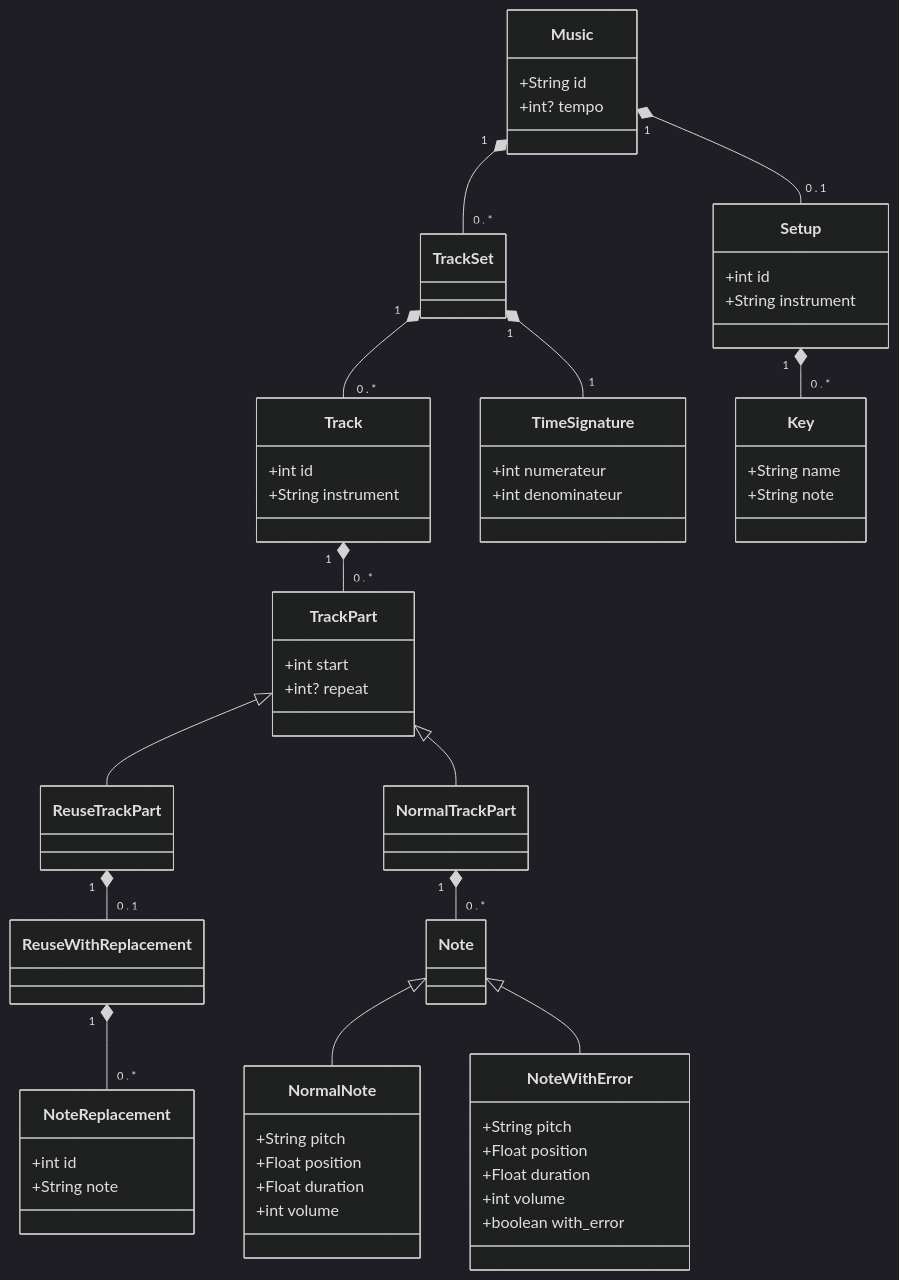
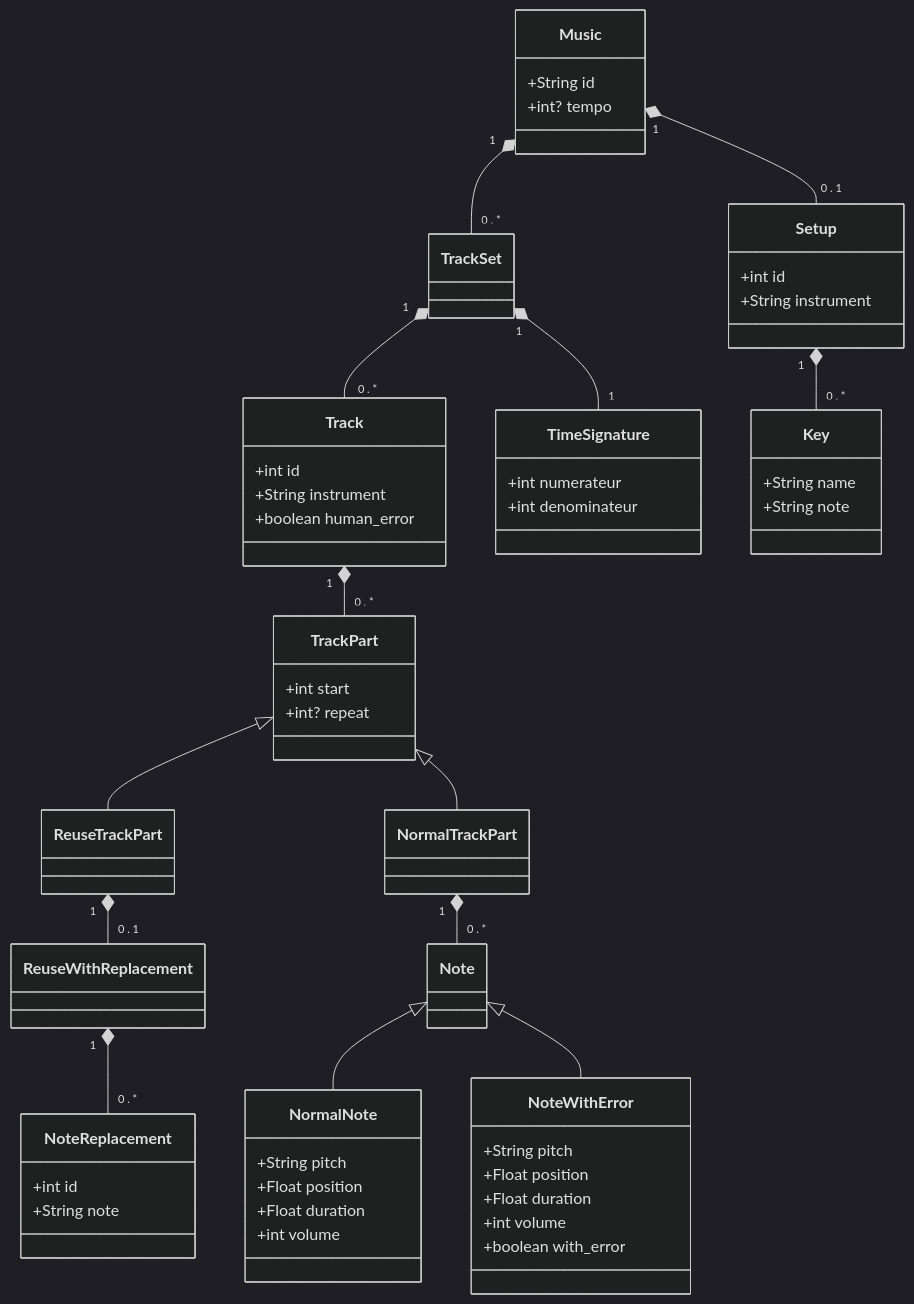
Before and after one commit to Jules-Prince/musicae: the diagram in README.md, drawn with Mermaid (dark theme).

```diff
--- a/README.md
+++ b/README.md
@@ -59,6 +59,7 @@
     class Track{
       +int id
       +String instrument
+      +boolean human_error
     }
 
     class TrackPart{
```
